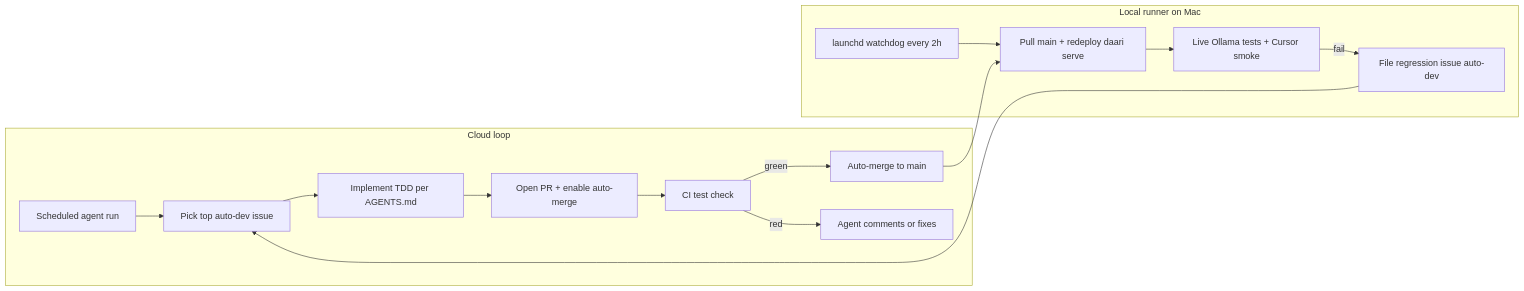
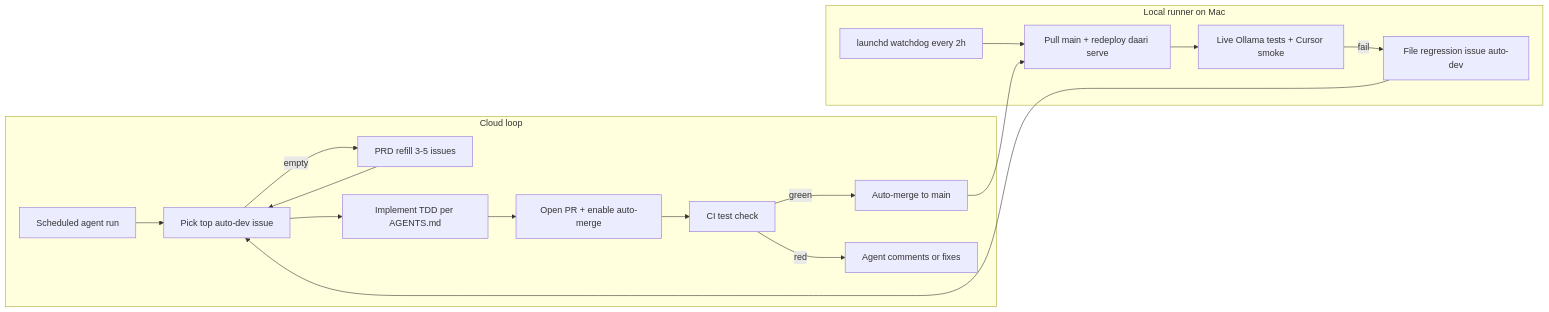
Before and after one commit to naveenreddyalka/daari: the diagram in docs/AUTOMATION.md, drawn with Mermaid. The commit also changed other lines of this file and 7 other files, not shown here.

First line of the commit message:
fix(autodev): refill instead of idling when the backlog is empty

````diff
--- a/docs/AUTOMATION.md
+++ b/docs/AUTOMATION.md
@@ -7,18 +7,20 @@
 ```mermaid
 flowchart LR
     subgraph cloudLoop [Cloud loop]
         Sched[Scheduled agent run] --> Pick[Pick top auto-dev issue]
+        Pick -->|empty| Refill[PRD refill 3-5 issues]
+        Refill --> Pick
         Pick --> Impl[Implement TDD per AGENTS.md]
         Impl --> PR[Open PR + enable auto-merge]
         PR --> CI[CI test check]
         CI -->|green| MergeStep[Auto-merge to main]
         CI -->|red| Fix[Agent comments or fixes]
     end
     subgraph macLoop [Local runner on Mac]
         Watch[launchd watchdog every 2h] --> Pull[Pull main + redeploy daari serve]
         Pull --> Live[Live Ollama tests + Cursor smoke]
         Live -->|fail| Issue[File regression issue auto-dev]
     end
     MergeStep --> Pull
     Issue --> Pick
 ```
````
